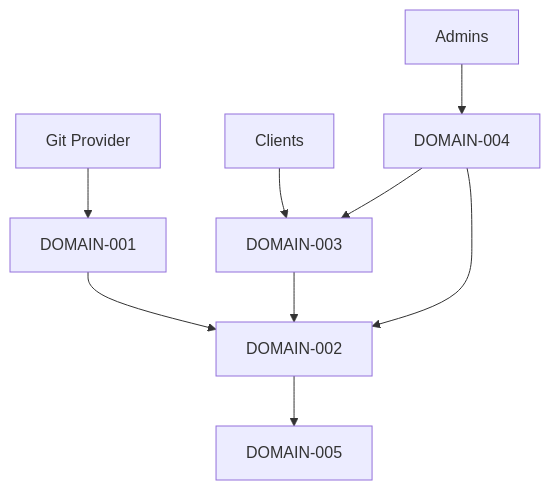
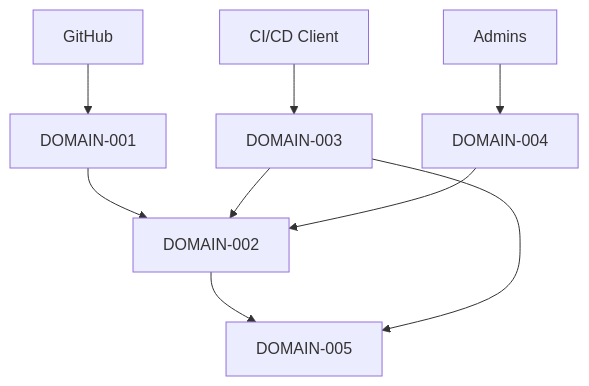
The diagram in analysis_full/DOC2_FUNCTIONAL_DOMAINS.md (essancv/training), drawn with Mermaid before and after one commit. The commit also changed other lines of this file, not shown here.

````diff
--- a/analysis_full/DOC2_FUNCTIONAL_DOMAINS.md
+++ b/analysis_full/DOC2_FUNCTIONAL_DOMAINS.md
@@ -34,11 +38,11 @@
 ```mermaid
 flowchart TD
-A[Git Provider] --> B[DOMAIN-001]
+A[GitHub] --> B[DOMAIN-001]
 B --> C[DOMAIN-002]
-D[Clients] --> E[DOMAIN-003]
+D[CI/CD Client] --> E[DOMAIN-003]
 E --> C
-C --> F[DOMAIN-005]
-G[Admins] --> H[DOMAIN-004]
-H --> C
-H --> E
+F[Admins] --> G[DOMAIN-004]
+G --> C
+C --> H[DOMAIN-005]
+E --> H
 ```
````
